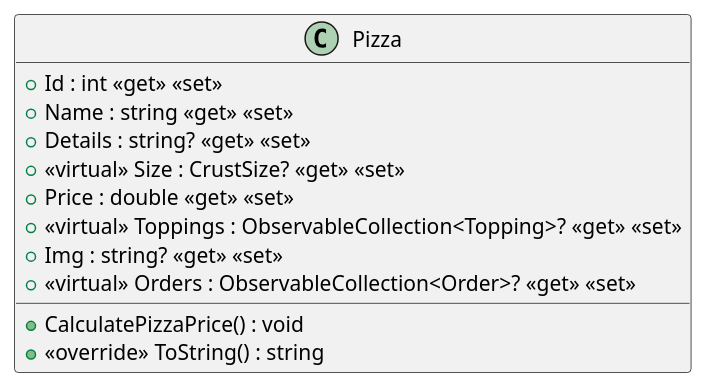
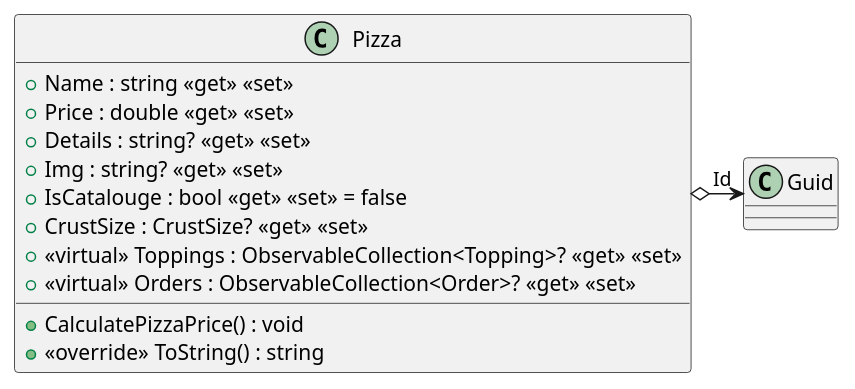
The diagram in PizzaRito.Entity/Models/generatedPuml/Pizza.puml (risha700/studio_II), drawn with PlantUML before and after one commit. The commit also changed 7 other files, not shown here.

Commit message:
updated db diagram

```diff
--- a/PizzaRito.Entity/Models/generatedPuml/Pizza.puml
+++ b/PizzaRito.Entity/Models/generatedPuml/Pizza.puml
@@ -1,14 +1,15 @@
 @startuml
 class Pizza {
-    + Id : int <<get>> <<set>>
     + Name : string <<get>> <<set>>
+    + Price : double <<get>> <<set>>
     + Details : string? <<get>> <<set>>
-    + <<virtual>> Size : CrustSize? <<get>> <<set>>
-    + Price : double <<get>> <<set>>
+    + Img : string? <<get>> <<set>>
+    + IsCatalouge : bool <<get>> <<set>> = false
+    + CrustSize : CrustSize? <<get>> <<set>>
     + <<virtual>> Toppings : ObservableCollection<Topping>? <<get>> <<set>>
-    + Img : string? <<get>> <<set>>
     + <<virtual>> Orders : ObservableCollection<Order>? <<get>> <<set>>
     + CalculatePizzaPrice() : void
     + <<override>> ToString() : string
 }
+Pizza o-> "Id" Guid
 @enduml
```
